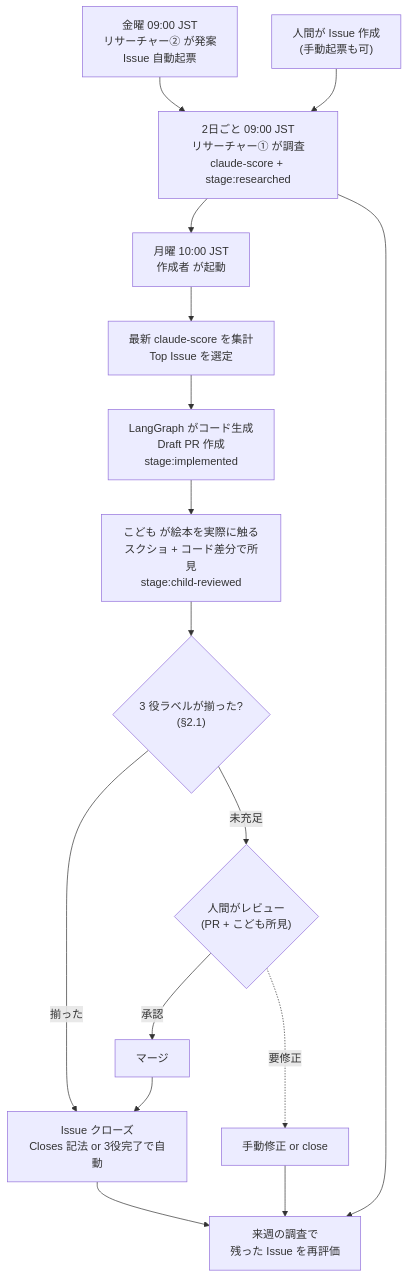
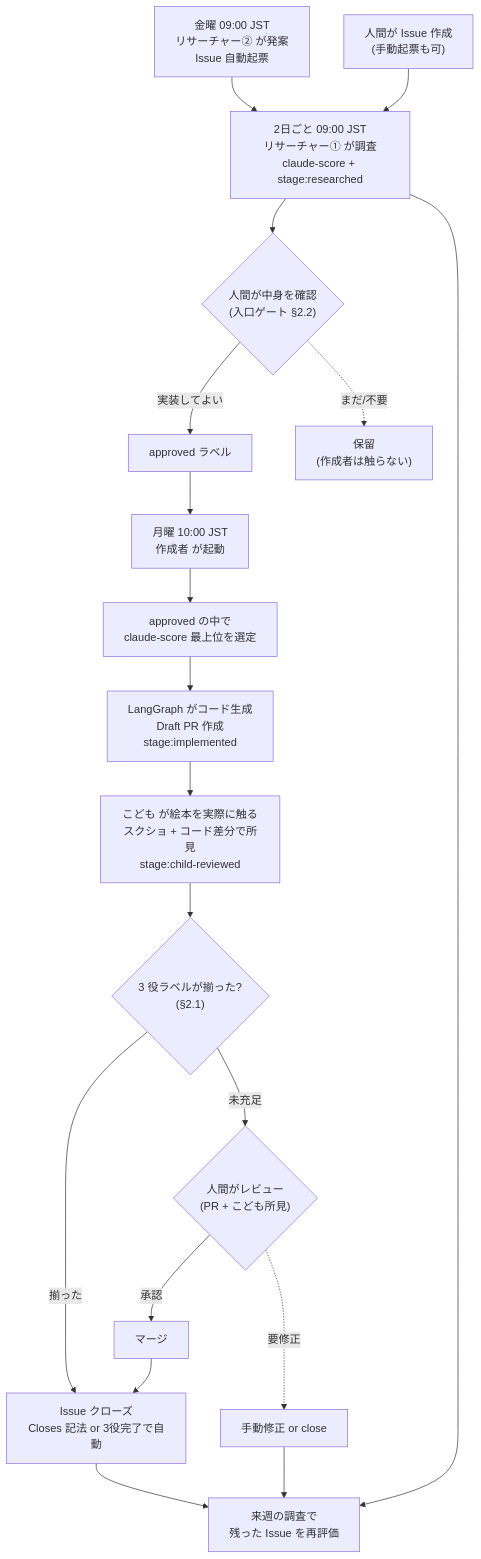
One commit to yk0817/baby-ehon changed diagram 11 of 12 in docs/automation/agent-pipeline.md. Above: the diagram before and after it, drawn with Mermaid. The commit also changed other lines of this file and 4 other files, not shown here.

First line of the commit message:
docs: 作成承認ゲート(approved)を設計に追加 + CLAUDE.md/Issueテンプレ整備

````diff
--- a/docs/automation/agent-pipeline.md
+++ b/docs/automation/agent-pipeline.md
@@ -940,32 +969,38 @@
 ```mermaid
 flowchart TD
     Propose["金曜 09:00 JST<br>リサーチャー② が発案<br>Issue 自動起票"]
     Manual["人間が Issue 作成<br>(手動起票も可)"]
     Day1["2日ごと 09:00 JST<br>リサーチャー① が調査<br>claude-score + stage:researched"]
+    ApproveGate{"人間が中身を確認<br>(入口ゲート §2.2)"}
+    Approved["approved ラベル"]
+    Hold["保留<br>(作成者は触らない)"]
     Mon["月曜 10:00 JST<br>作成者 が起動"]
-    Pick["最新 claude-score を集計<br>Top Issue を選定"]
+    Pick["approved の中で<br>claude-score 最上位を選定"]
     Code["LangGraph がコード生成<br>Draft PR 作成<br>stage:implemented"]
     ChildR["こども が絵本を実際に触る<br>スクショ + コード差分で所見<br>stage:child-reviewed"]
     AutoClose{"3 役ラベルが揃った?<br>(§2.1)"}
     Review{"人間がレビュー<br>(PR + こども所見)"}
     Merge["マージ"]
     Fix["手動修正 or close"]
     Close["Issue クローズ<br>Closes 記法 or 3役完了で自動"]
     Next["来週の調査で<br>残った Issue を再評価"]
 
     Propose --> Day1
     Manual --> Day1
-    Day1 --> Mon
+    Day1 --> ApproveGate
+    ApproveGate -->|実装してよい| Approved
+    ApproveGate -.->|まだ/不要| Hold
+    Approved --> Mon
     Mon --> Pick
     Pick --> Code
     Code --> ChildR
     ChildR --> AutoClose
     AutoClose -->|揃った| Close
     AutoClose -->|未充足| Review
     Review -->|承認| Merge
     Review -.->|要修正| Fix
     Merge --> Close
     Close --> Next
     Fix --> Next
     Day1 --> Next
 ```
````
